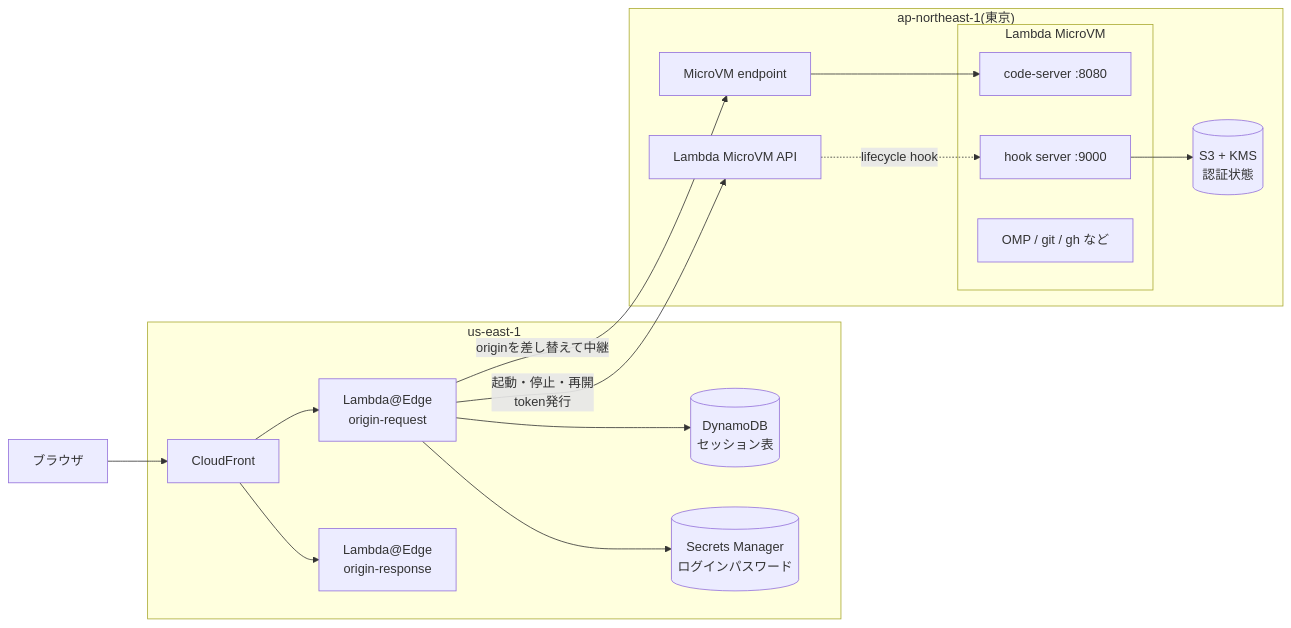
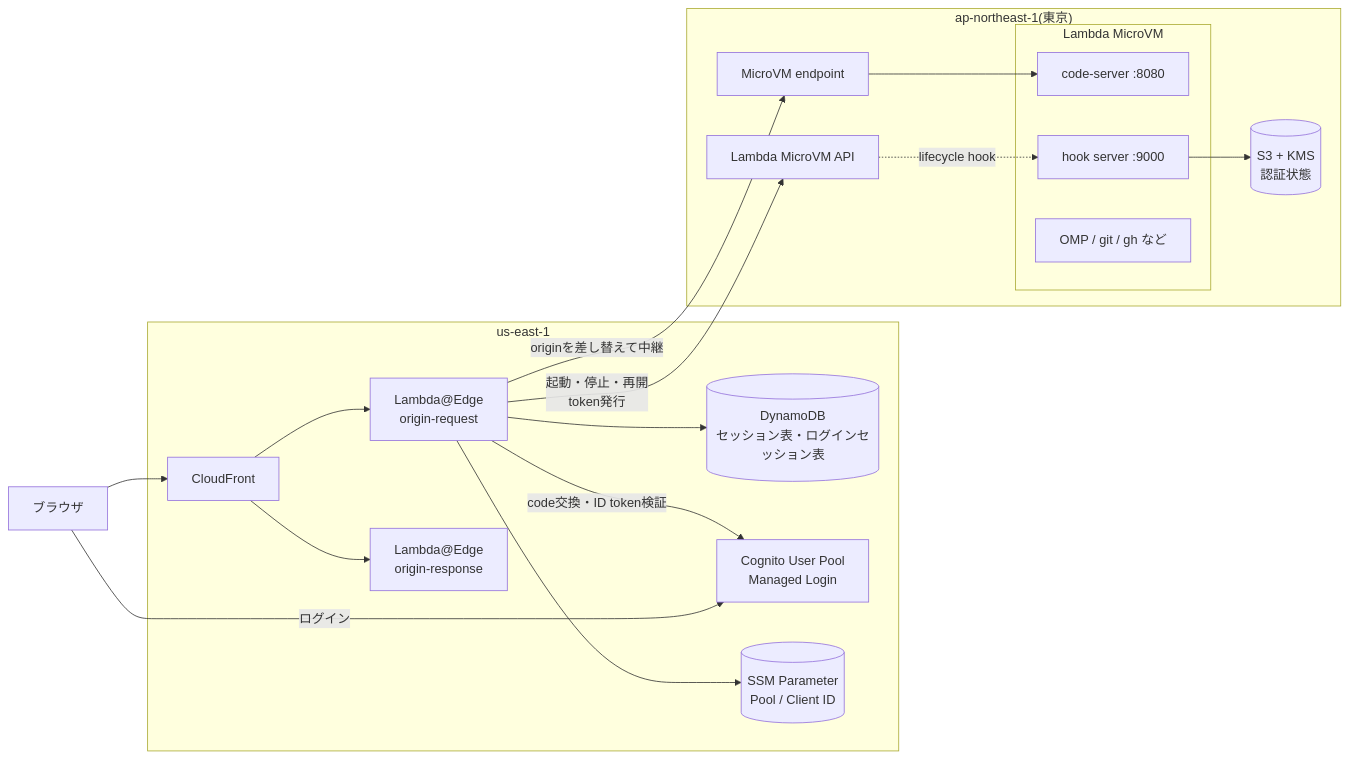
Before and after one commit to har1101/lambda-microvm-webapp: the first of 8 diagrams in docs/blog/01-aws-architecture.md, drawn with Mermaid. The commit also changed other lines of this file and 3 other files, not shown here.

Commit message:
Update blog posts for the Cognito login

````diff
--- a/docs/blog/01-aws-architecture.md
+++ b/docs/blog/01-aws-architecture.md
@@ -62,34 +62,37 @@
 ```mermaid
 flowchart LR
     B["ブラウザ"]
 
     subgraph USE1["us-east-1"]
         CF["CloudFront"]
         ORQ["Lambda@Edge<br/>origin-request"]
         ORS["Lambda@Edge<br/>origin-response"]
-        DDB[("DynamoDB<br/>セッション表")]
-        SM[("Secrets Manager<br/>ログインパスワード")]
+        DDB[("DynamoDB<br/>セッション表・ログインセッション表")]
+        COG["Cognito User Pool<br/>Managed Login"]
+        SSM[("SSM Parameter<br/>Pool / Client ID")]
     end
 
     subgraph APNE1["ap-northeast-1(東京)"]
         API["Lambda MicroVM API"]
         EP["MicroVM endpoint"]
         subgraph VM["Lambda MicroVM"]
             CS["code-server :8080"]
             HK["hook server :9000"]
             OMP["OMP / git / gh など"]
         end
         S3[("S3 + KMS<br/>認証状態")]
     end
 
     B --> CF
     CF --> ORQ
     CF --> ORS
     ORQ --> DDB
-    ORQ --> SM
+    ORQ --> SSM
+    B -- "ログイン" --> COG
+    ORQ -- "code交換・ID token検証" --> COG
     ORQ -- "起動・停止・再開<br/>token発行" --> API
     ORQ -- "originを差し替えて中継" --> EP
     EP --> CS
     API -. "lifecycle hook" .-> HK
     HK --> S3
 ```
````
